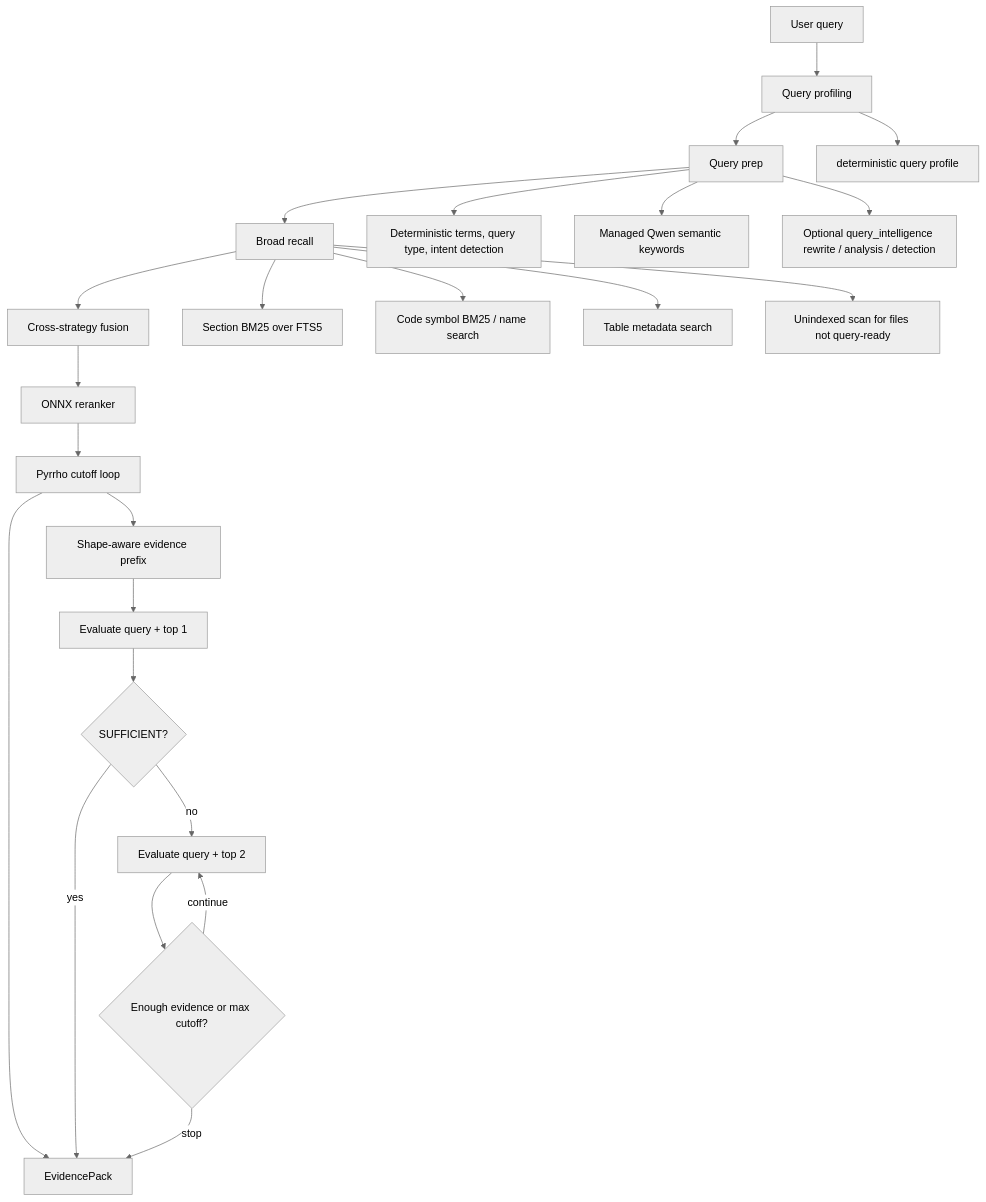
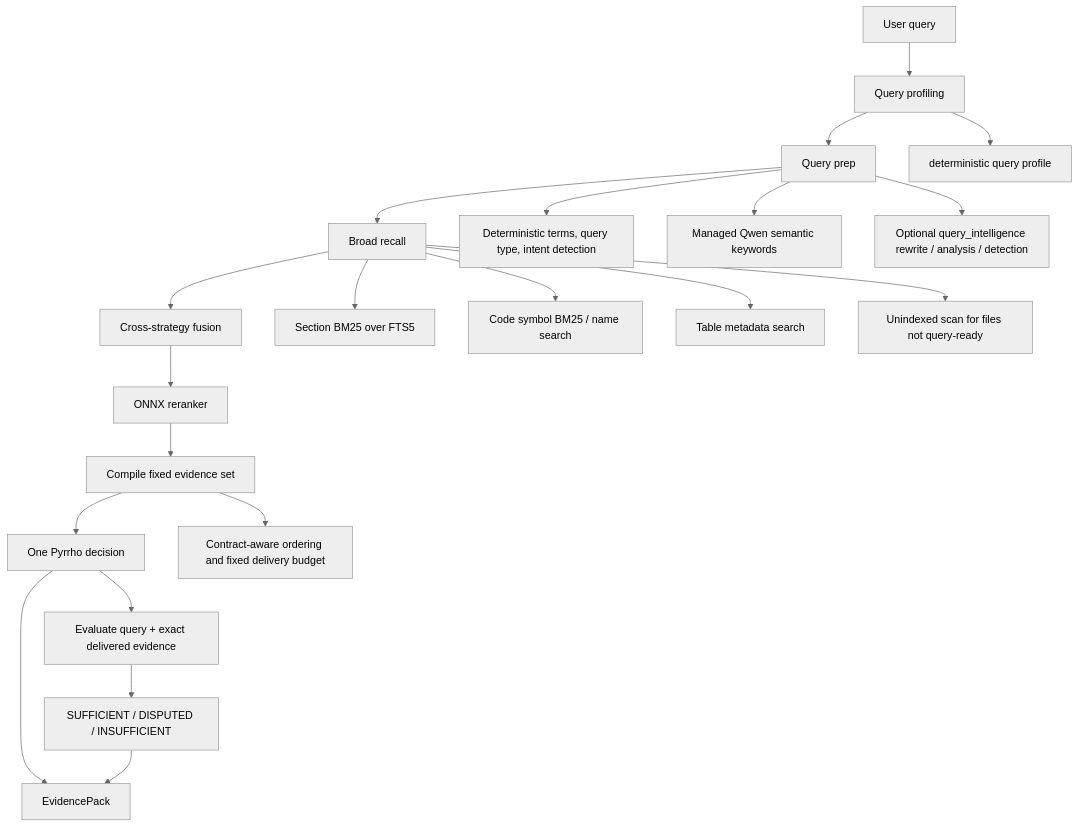
Before and after one commit to yafitzdev/fitz: the second of 4 diagrams in docs/RETRIEVAL_PIPELINE.md, drawn with Mermaid (neutral theme). The commit also changed other lines of this file and 103 other files, not shown here.

````diff
--- a/docs/RETRIEVAL_PIPELINE.md
+++ b/docs/RETRIEVAL_PIPELINE.md
@@ -66,30 +66,27 @@
 ```mermaid
 flowchart TD
     Q["User query"] --> C["Query profiling"]
     C --> P["Query prep"]
     P --> R["Broad recall"]
     R --> X["Cross-strategy fusion"]
     X --> K["ONNX reranker"]
-    K --> G["Pyrrho cutoff loop"]
+    K --> F["Compile fixed evidence set"]
+    F --> G["One Pyrrho decision"]
     G --> E["EvidencePack"]
 
     C --> C1["deterministic query profile"]
 
     P --> P1["Deterministic terms, query type, intent detection"]
     P --> P2["Managed Qwen semantic keywords"]
     P --> P3["Optional query_intelligence rewrite / analysis / detection"]
 
     R --> R1["Section BM25 over FTS5"]
     R --> R2["Code symbol BM25 / name search"]
     R --> R3["Table metadata search"]
     R --> R4["Unindexed scan for files not query-ready"]
 
-    G --> G1["Shape-aware evidence prefix"]
-    G1 --> G2["Evaluate query + top 1"]
-    G2 --> G3{"SUFFICIENT?"}
-    G3 -->|"yes"| E
-    G3 -->|"no"| G4["Evaluate query + top 2"]
-    G4 --> G5{"Enough evidence or max cutoff?"}
-    G5 -->|"continue"| G4
-    G5 -->|"stop"| E
+    F --> F1["Contract-aware ordering and fixed delivery budget"]
+    G --> G1["Evaluate query + exact delivered evidence"]
+    G1 --> G2["SUFFICIENT / DISPUTED / INSUFFICIENT"]
+    G2 --> E
 ```
````
